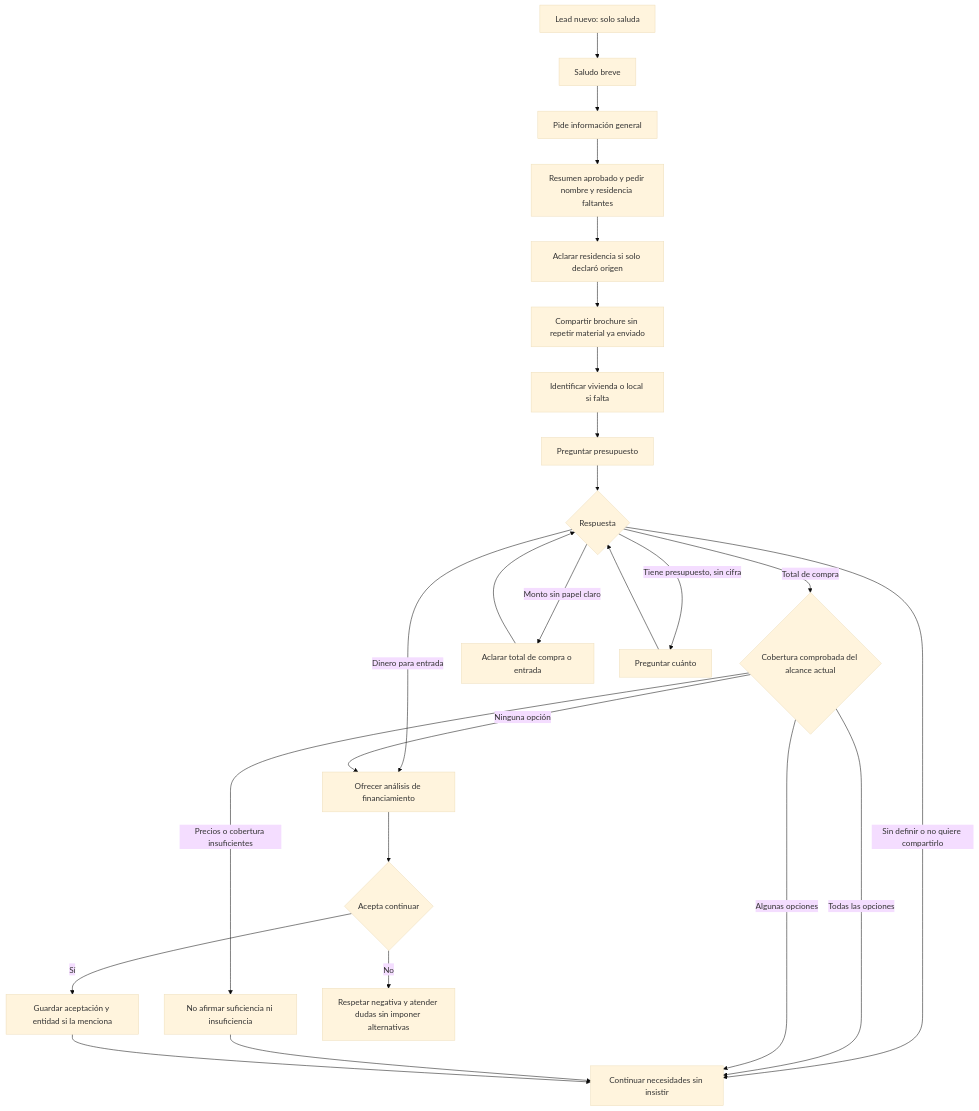
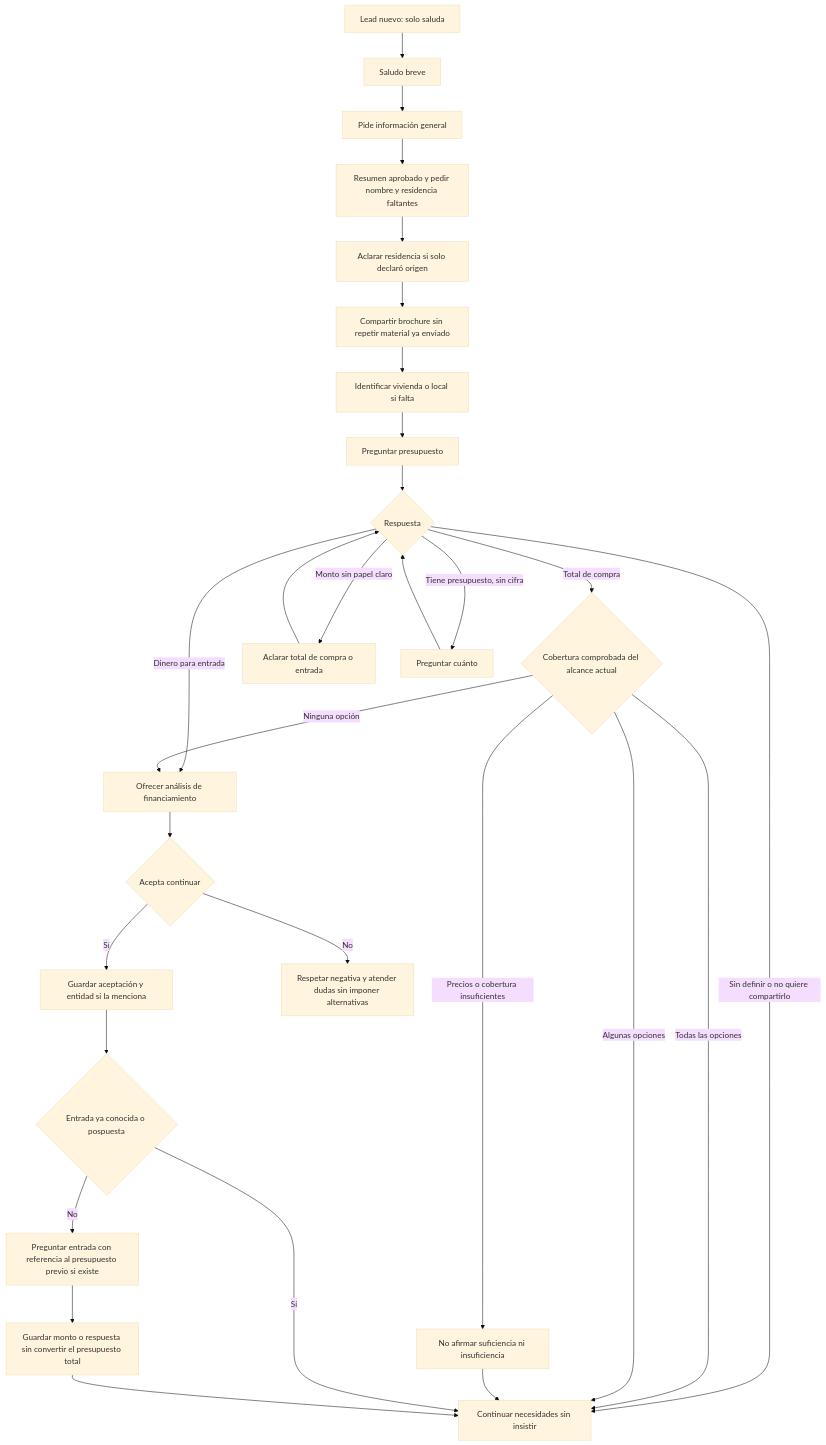
One commit to fagmotorssistemas/LaviletRealStateProyect changed the first of 2 diagrams in docs/automatizacion/mapa-conversacion-y-pendientes-2026-10-12.md. Above: the diagram before and after it, drawn with Mermaid (base theme). The commit also changed other lines of this file and 30 other files, not shown here.

````diff
--- a/docs/automatizacion/mapa-conversacion-y-pendientes-2026-10-12.md
+++ b/docs/automatizacion/mapa-conversacion-y-pendientes-2026-10-12.md
@@ -11,27 +11,31 @@
 ```mermaid
 flowchart TD
     A[Lead nuevo: solo saluda] --> B[Saludo breve]
     B --> C[Pide información general]
     C --> D[Resumen aprobado y pedir nombre y residencia faltantes]
     D --> E[Aclarar residencia si solo declaró origen]
     E --> F[Compartir brochure sin repetir material ya enviado]
     F --> G[Identificar vivienda o local si falta]
     G --> H[Preguntar presupuesto]
     H --> I{Respuesta}
     I -->|Total de compra| J{Cobertura comprobada del alcance actual}
     I -->|Monto sin papel claro| K[Aclarar total de compra o entrada]
     K --> I
     I -->|Tiene presupuesto, sin cifra| L[Preguntar cuánto]
     L --> I
     I -->|Sin definir o no quiere compartirlo| M[Continuar necesidades sin insistir]
     I -->|Dinero para entrada| N[Ofrecer análisis de financiamiento]
     J -->|Todas las opciones| M
     J -->|Algunas opciones| M
     J -->|Ninguna opción| N
     J -->|Precios o cobertura insuficientes| O[No afirmar suficiencia ni insuficiencia]
     O --> M
     N --> P{Acepta continuar}
     P -->|Sí| Q[Guardar aceptación y entidad si la menciona]
-    Q --> M
+    Q --> S{Entrada ya conocida o pospuesta}
+    S -->|Sí| M
+    S -->|No| T[Preguntar entrada con referencia al presupuesto previo si existe]
+    T --> U[Guardar monto o respuesta sin convertir el presupuesto total]
+    U --> M
     P -->|No| R[Respetar negativa y atender dudas sin imponer alternativas]
 ```
````
